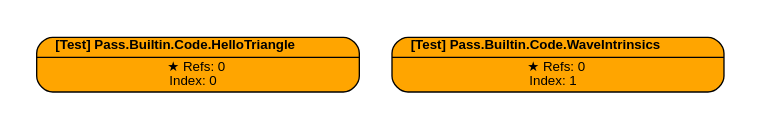
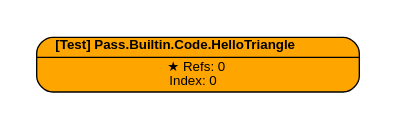
One commit to Pikachuxxxx/Razix changed the diagram in Engine/content/FrameGraphs/data_driven_editor_test.dot. Above: the diagram before and after it, drawn with Graphviz. The commit also changed 157 other files, not shown here.

```diff
--- a/Engine/content/FrameGraphs/data_driven_editor_test.dot
+++ b/Engine/content/FrameGraphs/data_driven_editor_test.dot
@@ -1,25 +1,20 @@
 digraph FrameGraph {
 graph [style=invis, rankdir="TB" ordering=out, splines=spline]
 node [shape=record, fontname="helvetica", fontsize=10, margin="0.2,0.03"]
 
 P0 [label=<{ {<B>[Test] Pass.Builtin.Code.HelloTriangle</B>} | {&#x2605; Refs: 0<BR/> Index: 0} }> style="rounded,filled", fillcolor=orange]
-P1 [label=<{ {<B>[Test] Pass.Builtin.Code.WaveIntrinsics</B>} | {&#x2605; Refs: 0<BR/> Index: 1} }> style="rounded,filled", fillcolor=orange]
 
 
 P0 -> { } [color=orangered]
-P1 -> { } [color=orangered]
 
 
 subgraph cluster_0 {
 P0 
-}
-subgraph cluster_1 {
-P1 
 }
 
 subgraph cluster_imported_resources {
 graph [style=dotted, fontname="helvetica", label=< <B>Imported</B> >]
 
 }
 
 }
```
